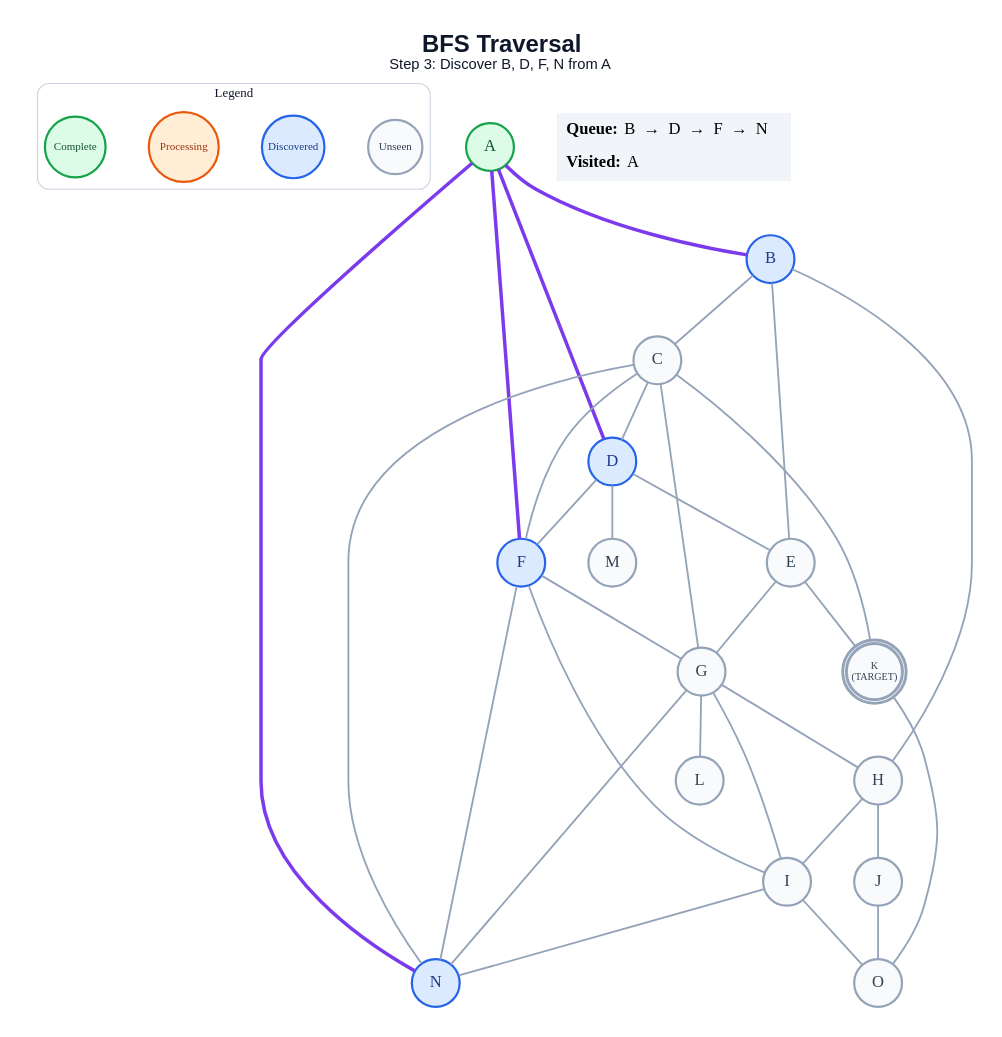
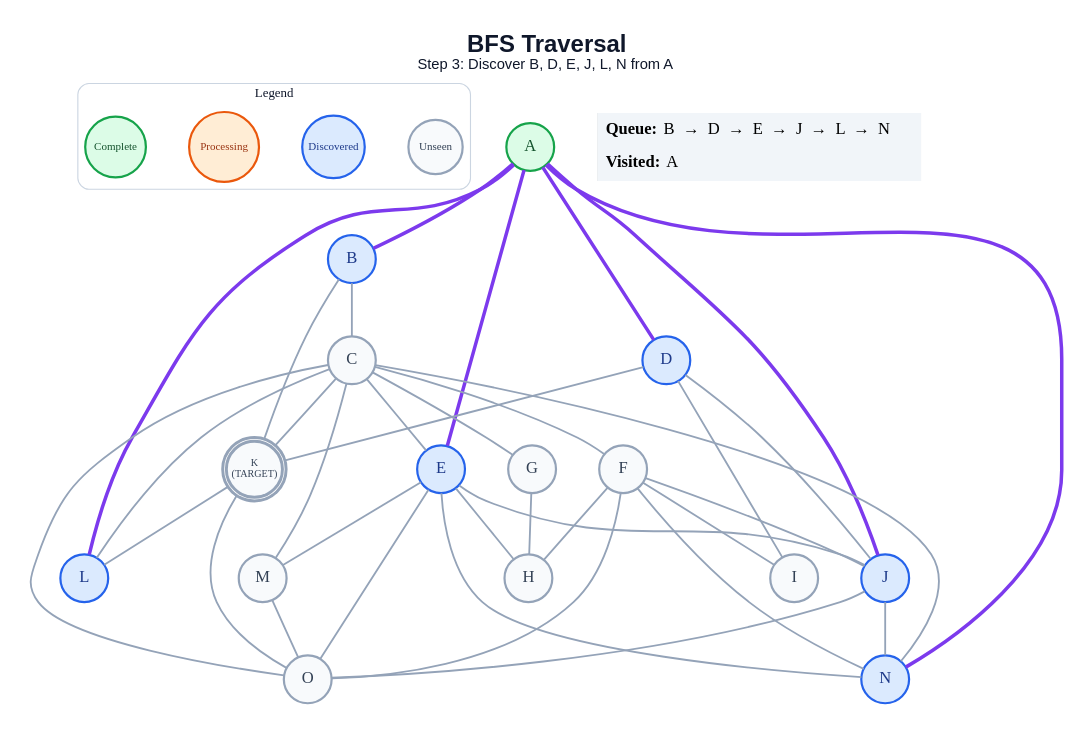
One commit to anon7238593-create/ai-slop changed the diagram in generated/bfs/step_03.dot. Above: the diagram before and after it, drawn with Graphviz. The commit also changed 249 other files, not shown here.

```diff
--- a/generated/bfs/step_03.dot
+++ b/generated/bfs/step_03.dot
@@ -1,64 +1,69 @@
 graph traversal {
   graph [layout=dot, rankdir=TB, bgcolor="#FFFFFF", pad="0.35", nodesep="0.65", ranksep="0.8", fontname="Arial"];
   node [shape=circle, style="filled", fontname="Arial Bold", fontsize=18, width=0.72, fixedsize=true, penwidth=2.4];
   edge [color="#94A3B8", penwidth=2.0];
-  label=<<B>BFS Traversal</B><BR/><FONT POINT-SIZE="16">Step 3: Discover B, D, F, N from A</FONT>>; labelloc="t"; fontsize=26; fontname="Arial"; fontcolor="#0F172A";
+  label=<<B>BFS Traversal</B><BR/><FONT POINT-SIZE="16">Step 3: Discover B, D, E, J, L, N from A</FONT>>; labelloc="t"; fontsize=26; fontname="Arial"; fontcolor="#0F172A";
   subgraph cluster_legend { label="Legend"; color="#CBD5E1"; penwidth=1.2; style="rounded"; fontsize=14; fontname="Arial Bold";
     key_unseen [label="Unseen", fillcolor="#F8FAFC", color="#94A3B8", fontcolor="#334155", fontsize=12, width=0.82];
     key_frontier [label="Discovered", fillcolor="#DBEAFE", color="#2563EB", fontcolor="#1E3A8A", fontsize=12, width=0.95];
     key_current [label="Processing", fillcolor="#FFEDD5", color="#EA580C", fontcolor="#9A3412", fontsize=12, width=1.05];
     key_done [label="Complete", fillcolor="#DCFCE7", color="#16A34A", fontcolor="#14532D", fontsize=12, width=0.92];
     { rank=same; key_unseen; key_frontier; key_current; key_done; }
   }
   A [label="A", fillcolor="#DCFCE7", color="#16A34A", fontcolor="#14532D", peripheries=1, penwidth=2.4];
   B [label="B", fillcolor="#DBEAFE", color="#2563EB", fontcolor="#1E3A8A", peripheries=1, penwidth=2.4];
   C [label="C", fillcolor="#F8FAFC", color="#94A3B8", fontcolor="#334155", peripheries=1, penwidth=2.4];
   D [label="D", fillcolor="#DBEAFE", color="#2563EB", fontcolor="#1E3A8A", peripheries=1, penwidth=2.4];
-  E [label="E", fillcolor="#F8FAFC", color="#94A3B8", fontcolor="#334155", peripheries=1, penwidth=2.4];
-  F [label="F", fillcolor="#DBEAFE", color="#2563EB", fontcolor="#1E3A8A", peripheries=1, penwidth=2.4];
+  E [label="E", fillcolor="#DBEAFE", color="#2563EB", fontcolor="#1E3A8A", peripheries=1, penwidth=2.4];
+  F [label="F", fillcolor="#F8FAFC", color="#94A3B8", fontcolor="#334155", peripheries=1, penwidth=2.4];
   G [label="G", fillcolor="#F8FAFC", color="#94A3B8", fontcolor="#334155", peripheries=1, penwidth=2.4];
   H [label="H", fillcolor="#F8FAFC", color="#94A3B8", fontcolor="#334155", peripheries=1, penwidth=2.4];
   I [label="I", fillcolor="#F8FAFC", color="#94A3B8", fontcolor="#334155", peripheries=1, penwidth=2.4];
-  J [label="J", fillcolor="#F8FAFC", color="#94A3B8", fontcolor="#334155", peripheries=1, penwidth=2.4];
+  J [label="J", fillcolor="#DBEAFE", color="#2563EB", fontcolor="#1E3A8A", peripheries=1, penwidth=2.4];
   K [label="K\n(TARGET)", fillcolor="#F8FAFC", color="#94A3B8", fontcolor="#334155", peripheries=2, penwidth=3.2, fontsize=11, width=0.85, height=0.85];
-  L [label="L", fillcolor="#F8FAFC", color="#94A3B8", fontcolor="#334155", peripheries=1, penwidth=2.4];
+  L [label="L", fillcolor="#DBEAFE", color="#2563EB", fontcolor="#1E3A8A", peripheries=1, penwidth=2.4];
   M [label="M", fillcolor="#F8FAFC", color="#94A3B8", fontcolor="#334155", peripheries=1, penwidth=2.4];
   N [label="N", fillcolor="#DBEAFE", color="#2563EB", fontcolor="#1E3A8A", peripheries=1, penwidth=2.4];
   O [label="O", fillcolor="#F8FAFC", color="#94A3B8", fontcolor="#334155", peripheries=1, penwidth=2.4];
   A -- B [color="#7C3AED", penwidth=3.8];
   A -- D [color="#7C3AED", penwidth=3.8];
-  A -- F [color="#7C3AED", penwidth=3.8];
+  A -- E [color="#7C3AED", penwidth=3.8];
+  A -- J [color="#7C3AED", penwidth=3.8];
+  A -- L [color="#7C3AED", penwidth=3.8];
   A -- N [color="#7C3AED", penwidth=3.8];
   B -- C;
-  B -- E;
-  B -- H;
-  C -- D;
+  B -- K;
+  C -- E;
   C -- F;
   C -- G;
   C -- K;
+  C -- L;
+  C -- M;
   C -- N;
-  D -- E;
-  D -- F;
-  D -- M;
-  E -- G;
-  E -- K;
-  F -- G;
+  C -- O;
+  D -- I;
+  D -- J;
+  D -- K;
+  E -- H;
+  E -- J;
+  E -- M;
+  E -- N;
+  E -- O;
+  F -- H;
   F -- I;
+  F -- J;
   F -- N;
+  F -- O;
   G -- H;
-  G -- I;
-  G -- L;
-  G -- N;
-  H -- I;
-  H -- J;
-  I -- N;
-  I -- O;
+  J -- N;
   J -- O;
+  K -- L;
   K -- O;
+  M -- O;
   status [shape=plain, fixedsize=false, width=0, height=0, margin=0, label=<
     <TABLE BORDER="0" CELLBORDER="0" CELLPADDING="7" BGCOLOR="#F1F5F9">
-      <TR><TD ALIGN="LEFT"><B>Queue:</B> B  →  D  →  F  →  N</TD></TR>
+      <TR><TD ALIGN="LEFT"><B>Queue:</B> B  →  D  →  E  →  J  →  L  →  N</TD></TR>
       <TR><TD ALIGN="LEFT"><B>Visited:</B> A</TD></TR>
     </TABLE>
   >];
 }
```
